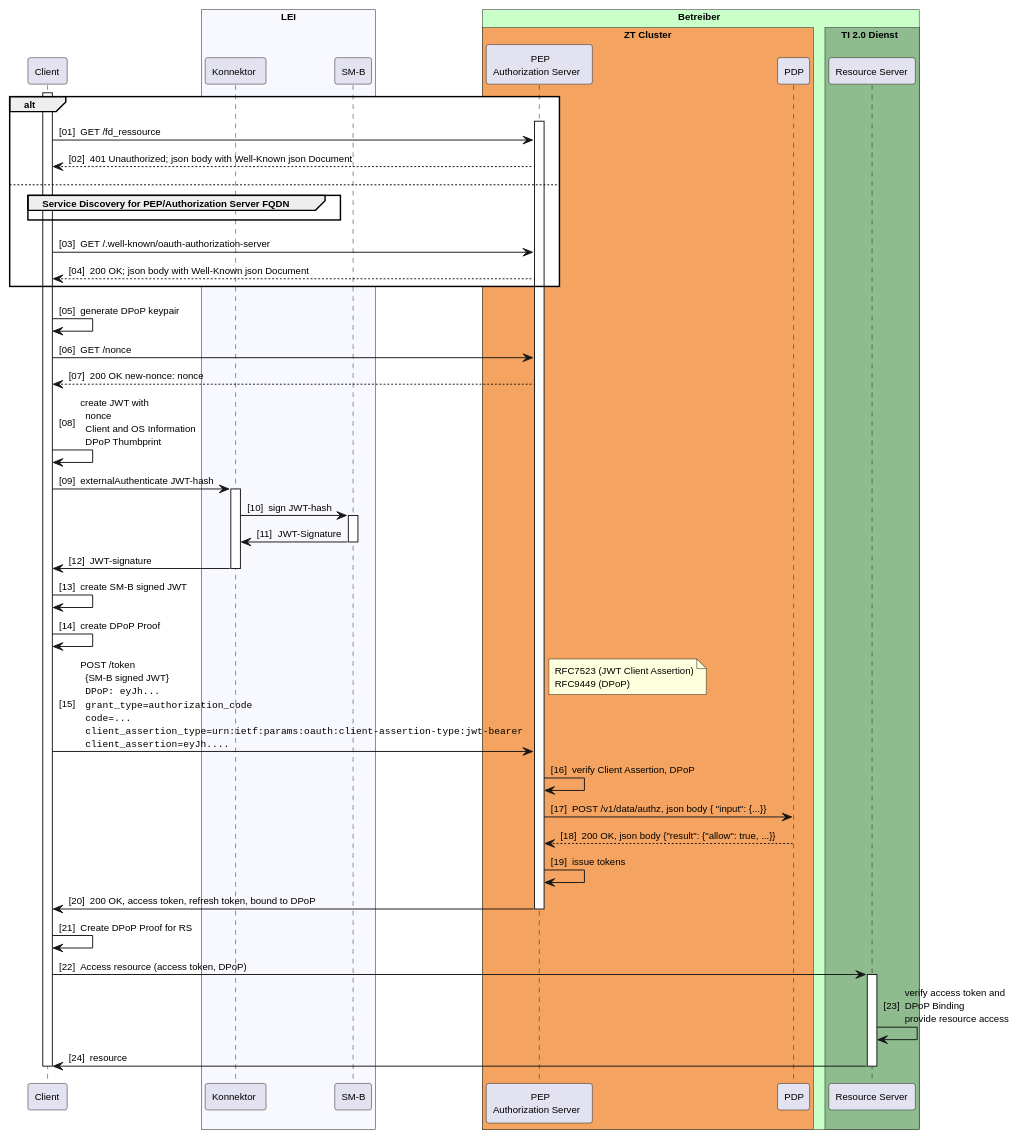
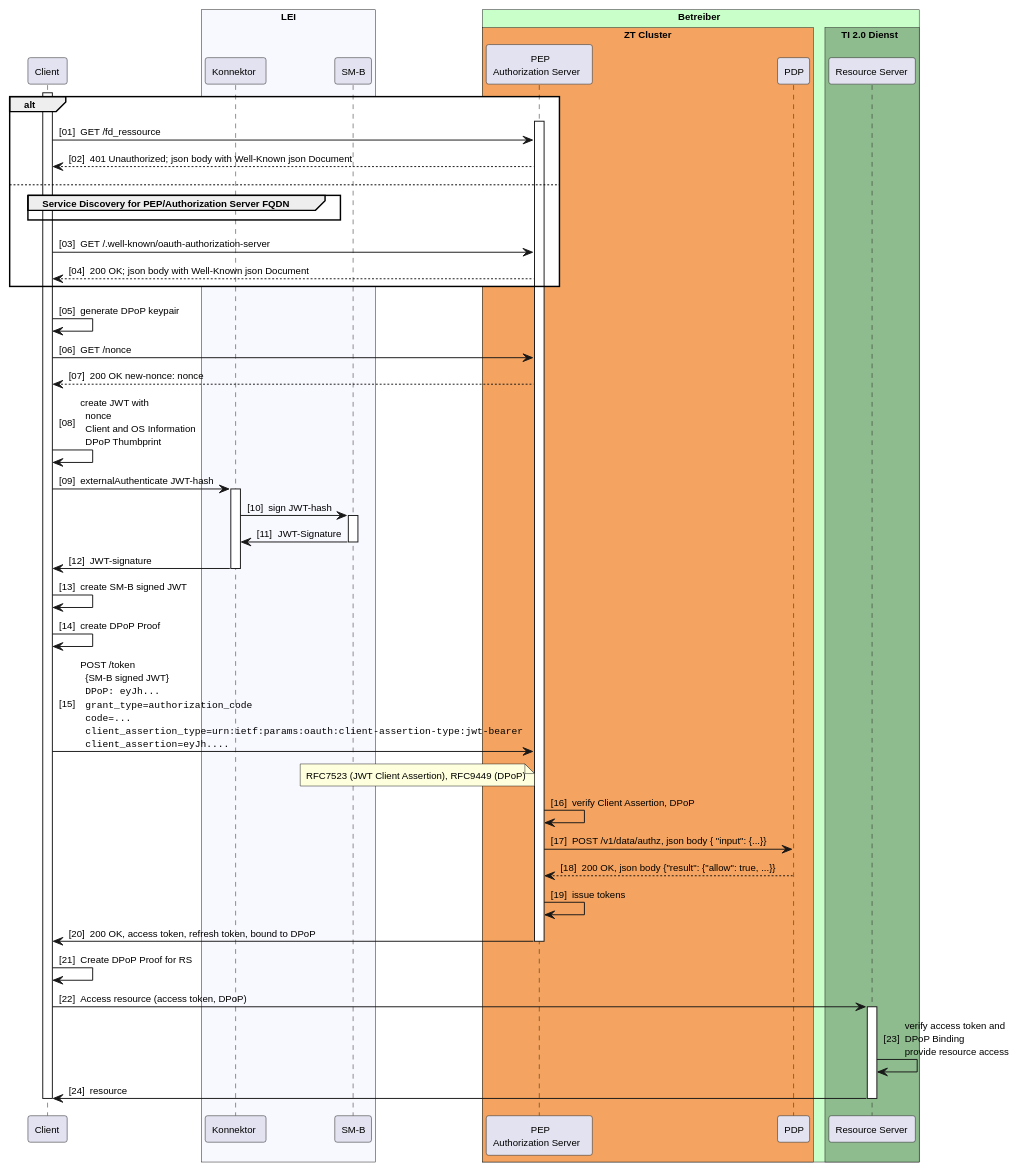
The diagram in src/plantuml/sm-b-auth.puml (gematik/spec-t20r), drawn with PlantUML before and after one commit. The commit also changed 1 other file, not shown here.

```diff
--- a/src/plantuml/sm-b-auth.puml
+++ b/src/plantuml/sm-b-auth.puml
@@ -1,82 +1,81 @@
 @startuml "SM-B_Auth_with_DPoP"
 autonumber "[00]"
 skinparam defaultFontSize 10
 skinparam defaultFontName Helvetica
 skinparam DefaultMonospacedFontName Courier
 skinparam lengthAdjust none
 
 !pragma teoz true
 
 participant Client
 box "LEI" #GhostWhite
     participant Konnektor
     participant SMB as "SM-B"
 end box
 
 box "Betreiber" #TECHNOLOGY
     box "ZT Cluster" #SandyBrown
         participant AuthS as "PEP\nAuthorization Server" 
         participant PDP as "PDP"
     endbox
     box TI 2.0 Dienst #DarkSeaGreen
         participant RS as "Resource Server"
     endbox
 end box
 
 activate Client
 
 alt #White
     activate AuthS
     Client -> AuthS: GET /fd_ressource
     AuthS --> Client: 401 Unauthorized; json body with Well-Known json Document
 else 
     group Service Discovery for PEP/Authorization Server FQDN
     end
     Client -> AuthS: GET /.well-known/oauth-authorization-server 
     AuthS --> Client: 200 OK; json body with Well-Known json Document
 end
 
 Client -> Client: generate DPoP keypair
 Client -> AuthS: GET /nonce
 return 200 OK new-nonce: nonce
 Client -> Client: create JWT with\n  nonce\n  Client and OS Information\n  DPoP Thumbprint
 Client -> Konnektor: externalAuthenticate JWT-hash
 activate Konnektor
 Konnektor -> SMB: sign JWT-hash
 activate SMB
 SMB -> Konnektor: JWT-Signature
 deactivate SMB
 Konnektor -> Client: JWT-signature
 deactivate Konnektor
 
 Client -> Client: create SM-B signed JWT
 Client -> Client: create DPoP Proof
 Client -> AuthS: POST /token\n\
   {SM-B signed JWT}\n\
   ""DPoP: eyJh...""\n\
   ""grant_type=authorization_code""\n\
   ""code=...""\n\
   ""client_assertion_type=urn:ietf:params:oauth:client-assertion-type:jwt-bearer""\n\
   ""client_assertion=eyJh....""
-note right
-RFC7523 (JWT Client Assertion)
-RFC9449 (DPoP)
+note left of AuthS
+RFC7523 (JWT Client Assertion), RFC9449 (DPoP)
 end note
 
 AuthS -> AuthS: verify Client Assertion, DPoP
 AuthS -> PDP: POST /v1/data/authz, json body {  "input": {...}} 
 PDP --> AuthS: 200 OK, json body {"result": {"allow": true, ...}}
 AuthS -> AuthS: issue tokens
 AuthS -> Client: 200 OK, access token, refresh token, bound to DPoP
 deactivate AuthS
 Client -> Client: Create DPoP Proof for RS
 
 Client -> RS: Access resource (access token, DPoP)
 activate RS
 RS -> RS: verify access token and\nDPoP Binding\n\
 provide resource access
 RS -> Client: resource
 deactivate RS
 deactivate Client
 
 @enduml
```
